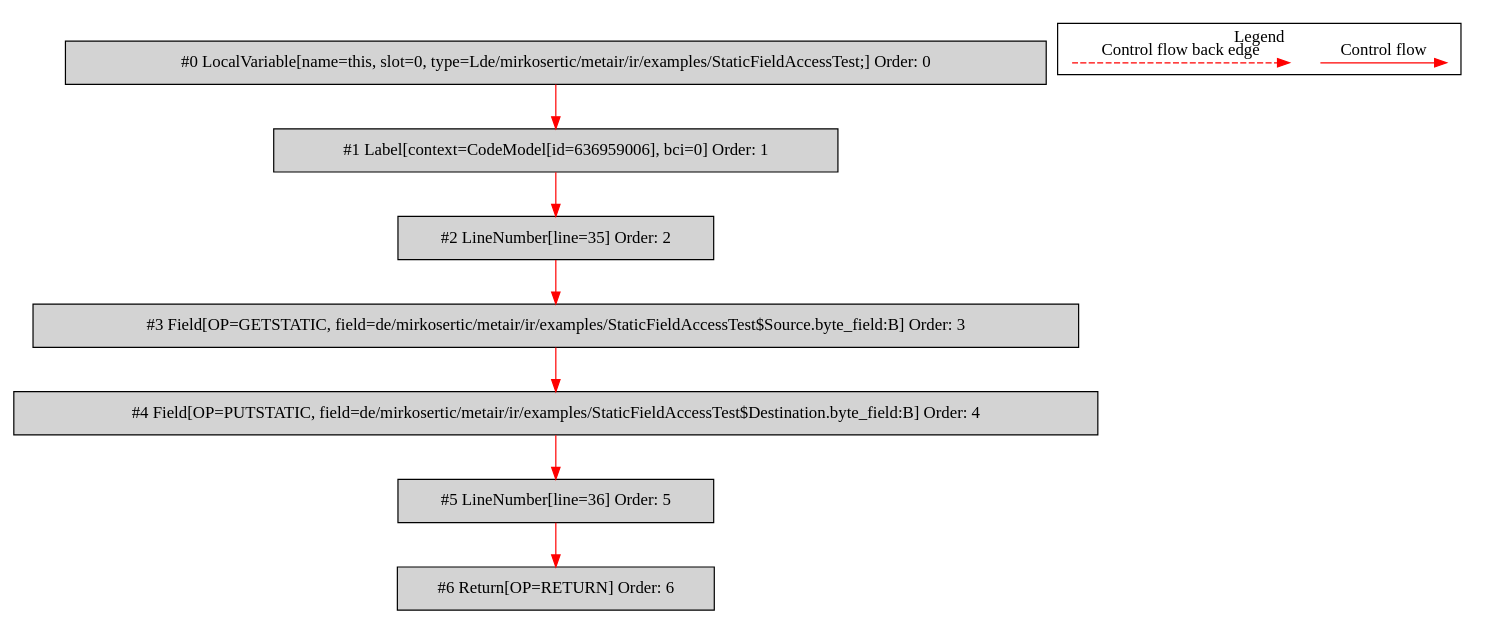
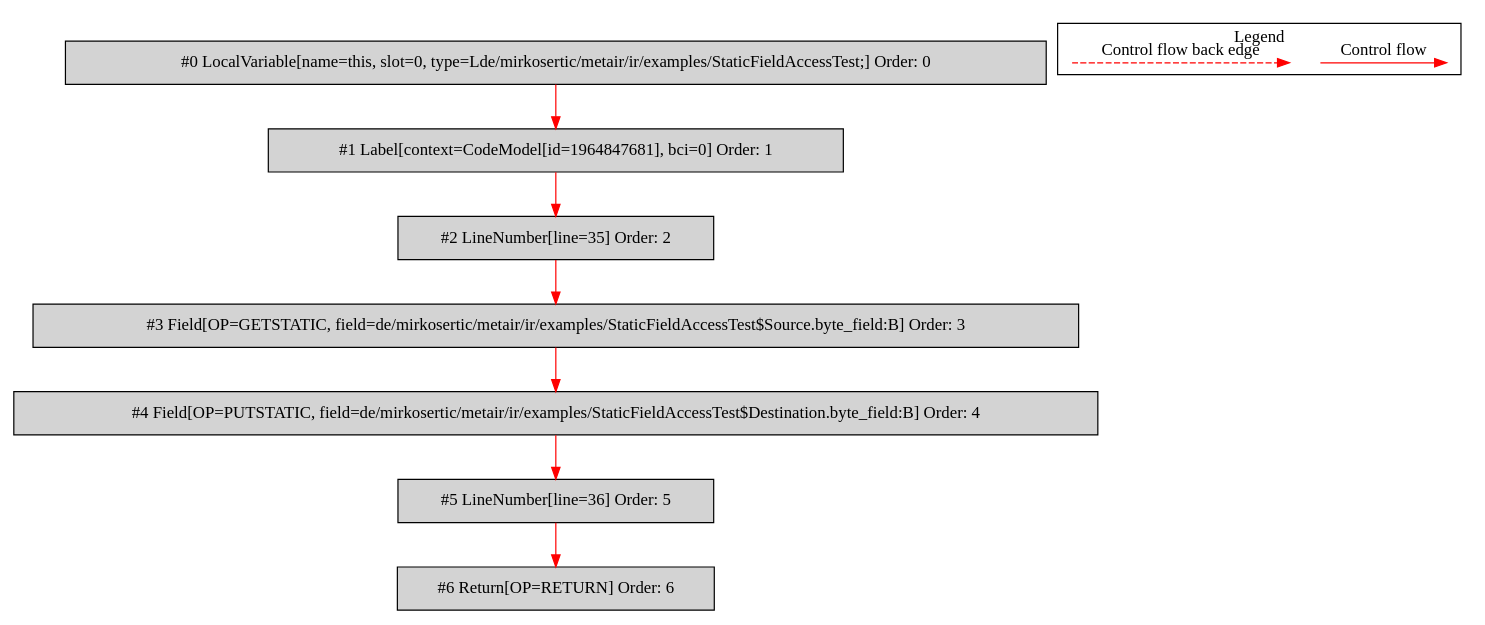
The diagram in de.mirkosertic.metair.ir.examples.StaticFieldAccessTest/copy_byte/bytecodecfg.dot (mirkosertic/MetaIR), drawn with Graphviz before and after one commit. The commit also changed 65 other files, not shown here.

```diff
--- a/de.mirkosertic.metair.ir.examples.StaticFieldAccessTest/copy_byte/bytecodecfg.dot
+++ b/de.mirkosertic.metair.ir.examples.StaticFieldAccessTest/copy_byte/bytecodecfg.dot
@@ -1,29 +1,29 @@
 digraph {
  node0[label="#0 LocalVariable[name=this, slot=0, type=Lde/mirkosertic/metair/ir/examples/StaticFieldAccessTest;] Order: 0", shape=box, fillcolor=lightgrey, style=filled];
- node1[label="#1 Label[context=CodeModel[id=636959006], bci=0] Order: 1", shape=box, fillcolor=lightgrey, style=filled];
+ node1[label="#1 Label[context=CodeModel[id=1964847681], bci=0] Order: 1", shape=box, fillcolor=lightgrey, style=filled];
  node2[label="#2 LineNumber[line=35] Order: 2", shape=box, fillcolor=lightgrey, style=filled];
  node3[label="#3 Field[OP=GETSTATIC, field=de/mirkosertic/metair/ir/examples/StaticFieldAccessTest$Source.byte_field:B] Order: 3", shape=box, fillcolor=lightgrey, style=filled];
  node4[label="#4 Field[OP=PUTSTATIC, field=de/mirkosertic/metair/ir/examples/StaticFieldAccessTest$Destination.byte_field:B] Order: 4", shape=box, fillcolor=lightgrey, style=filled];
  node5[label="#5 LineNumber[line=36] Order: 5", shape=box, fillcolor=lightgrey, style=filled];
  node6[label="#6 Return[OP=RETURN] Order: 6", shape=box, fillcolor=lightgrey, style=filled];
  node0 -> node1[color=red];
  node1 -> node2[color=red];
  node2 -> node3[color=red];
  node3 -> node4[color=red];
  node4 -> node5[color=red];
  node5 -> node6[color=red];
  subgraph cluster_000 {
   label = "Legend";
   node [shape=point]
   {
    rank=same;
    c0 [style = invis];
    c1 [style = invis];
    c2 [style = invis];
    c3 [style = invis];
   }
   c0 -> c1 [label="Control flow", style=solid, color=red]
   c2 -> c3 [label="Control flow back edge", style=dashed, color=red]
  }
 
 }
```
